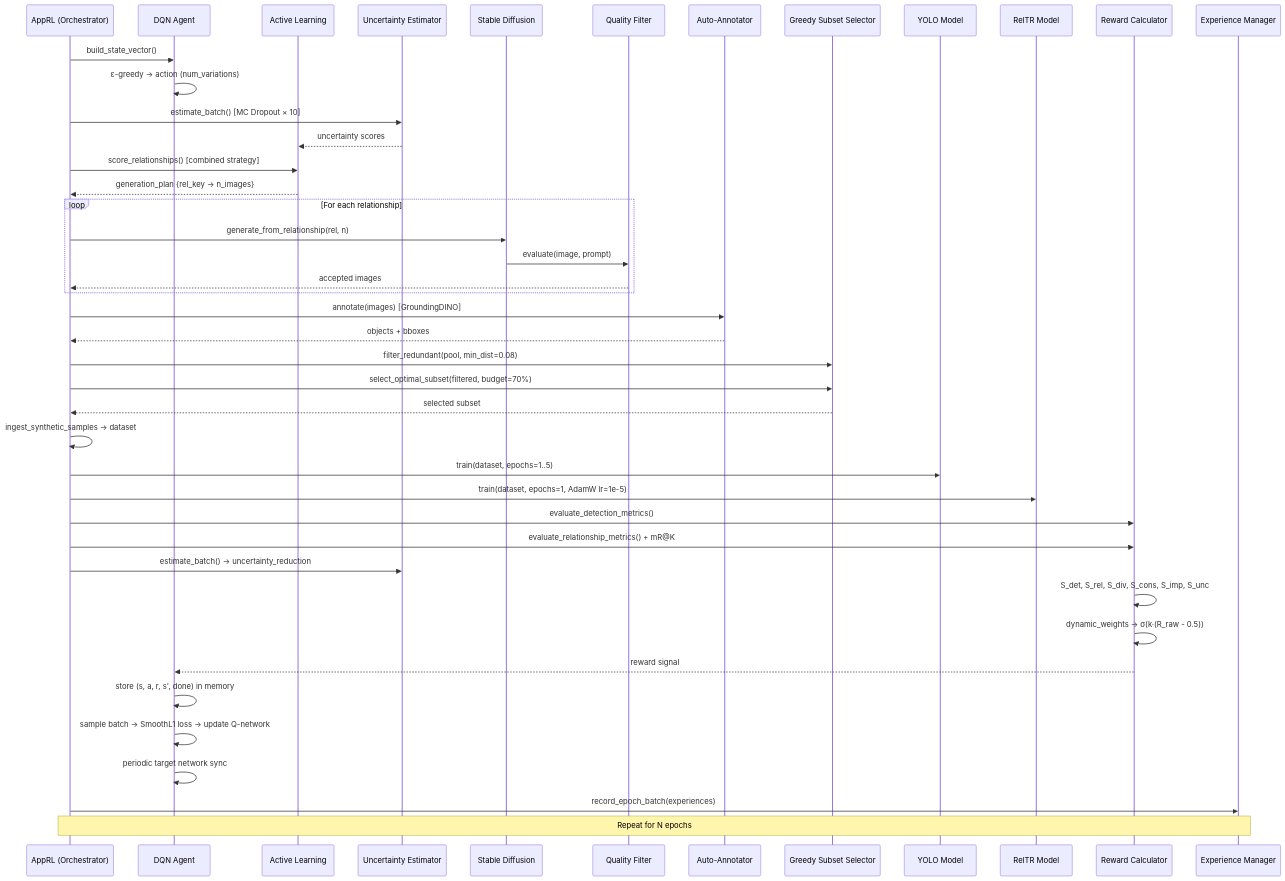
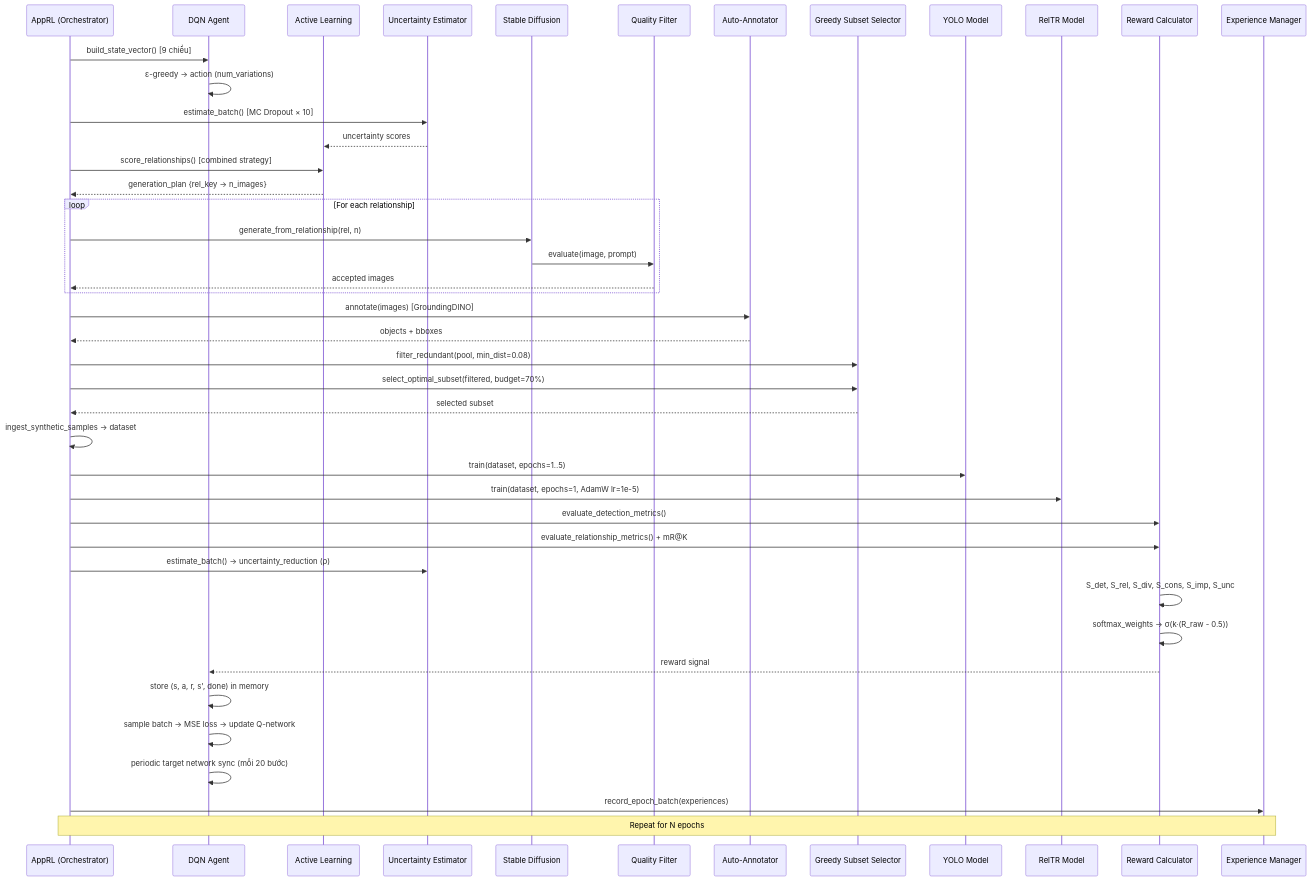
The fourth of 4 diagrams in docs/rl_module_technical_document.md (sonbm-itealvn/Detect-Object), drawn with Mermaid before and after one commit. The commit also changed other lines of this file and 4 other files, not shown here.

````diff
--- a/docs/rl_module_technical_document.md
+++ b/docs/rl_module_technical_document.md
@@ -706,55 +725,55 @@
 ```mermaid
 sequenceDiagram
     participant App as AppRL (Orchestrator)
     participant DQN as DQN Agent
     participant AL as Active Learning
     participant UE as Uncertainty Estimator
     participant SD as Stable Diffusion
     participant QF as Quality Filter
     participant AA as Auto-Annotator
     participant GSS as Greedy Subset Selector
     participant YOLO as YOLO Model
     participant RelTR as RelTR Model
     participant Reward as Reward Calculator
     participant EM as Experience Manager
 
-    App->>DQN: build_state_vector()
+    App->>DQN: build_state_vector() [9 chiều]
     DQN->>DQN: ε-greedy → action (num_variations)
     App->>UE: estimate_batch() [MC Dropout × 10]
     UE-->>AL: uncertainty scores
     App->>AL: score_relationships() [combined strategy]
     AL-->>App: generation_plan {rel_key → n_images}
 
     loop For each relationship
         App->>SD: generate_from_relationship(rel, n)
         SD->>QF: evaluate(image, prompt)
         QF-->>App: accepted images
     end
 
     App->>AA: annotate(images) [GroundingDINO]
     AA-->>App: objects + bboxes
 
     App->>GSS: filter_redundant(pool, min_dist=0.08)
     App->>GSS: select_optimal_subset(filtered, budget=70%)
     GSS-->>App: selected subset
 
     App->>App: ingest_synthetic_samples → dataset
 
     App->>YOLO: train(dataset, epochs=1..5)
     App->>RelTR: train(dataset, epochs=1, AdamW lr=1e-5)
 
     App->>Reward: evaluate_detection_metrics()
     App->>Reward: evaluate_relationship_metrics() + mR@K
-    App->>UE: estimate_batch() → uncertainty_reduction
+    App->>UE: estimate_batch() → uncertainty_reduction (ρ)
     Reward->>Reward: S_det, S_rel, S_div, S_cons, S_imp, S_unc
-    Reward->>Reward: dynamic_weights → σ(k·(R_raw - 0.5))
+    Reward->>Reward: softmax_weights → σ(k·(R_raw - 0.5))
     Reward-->>DQN: reward signal
 
     DQN->>DQN: store (s, a, r, s', done) in memory
-    DQN->>DQN: sample batch → SmoothL1 loss → update Q-network
-    DQN->>DQN: periodic target network sync
+    DQN->>DQN: sample batch → MSE loss → update Q-network
+    DQN->>DQN: periodic target network sync (mỗi 20 bước)
 
     App->>EM: record_epoch_batch(experiences)
 
     Note over App,EM: Repeat for N epochs
 ```
````
